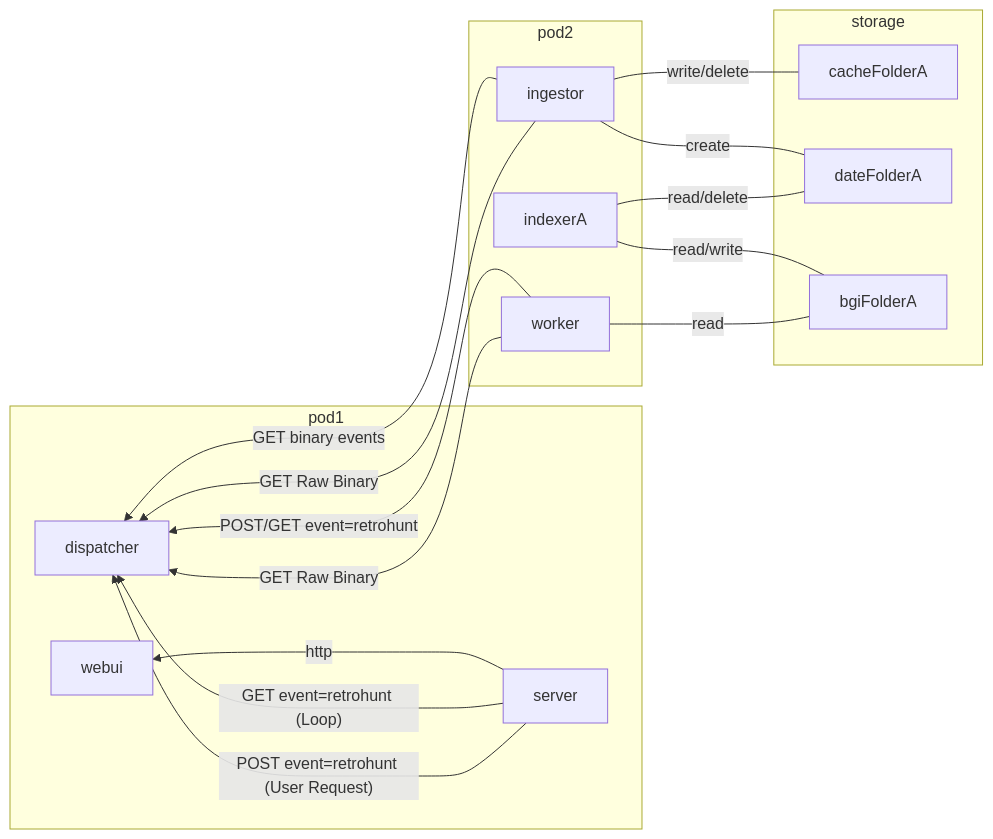
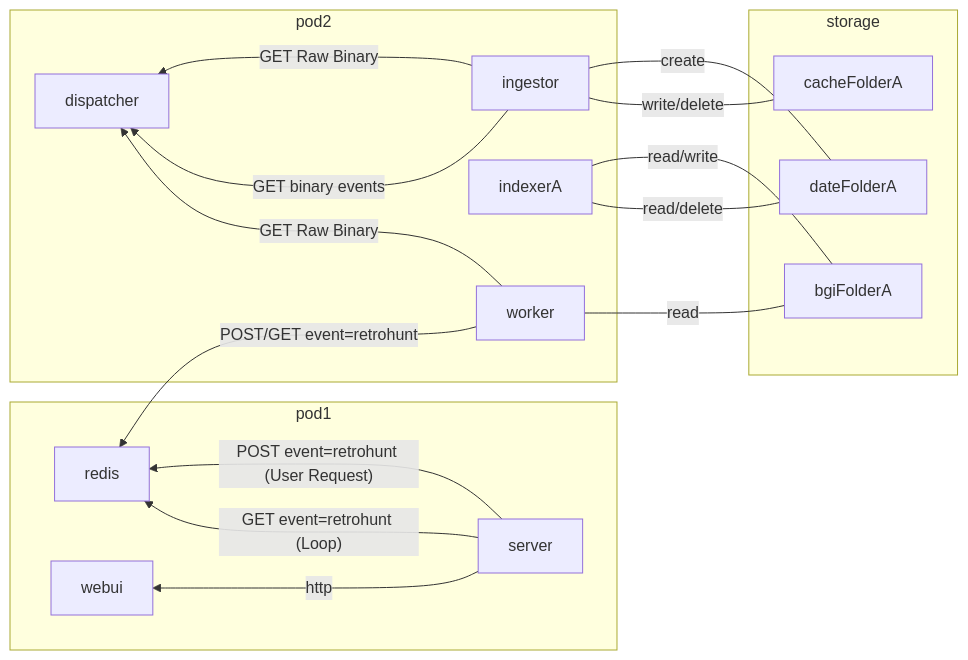
The first of 7 diagrams in README.md (AustralianCyberSecurityCentre/azul-plugin-retrohunt), drawn with Mermaid before and after one commit. The commit also changed other lines of this file, not shown here.

````diff
--- a/README.md
+++ b/README.md
@@ -146,32 +146,33 @@
 ```mermaid
 flowchart RL
     dispatcher
+    redis
     server
     worker
     indexerA
     ingestor
     webui
     subgraph pod1
     server-- http ---> webui
-    server-- GET event=retrohunt (Loop) ---> dispatcher
-    server-- POST event=retrohunt (User Request) ---> dispatcher
+    server-- GET event=retrohunt (Loop) ---> redis
+    server-- POST event=retrohunt (User Request) ---> redis
     end
 
     subgraph pod2
-    worker-- POST/GET event=retrohunt ---> dispatcher
+    worker-- POST/GET event=retrohunt ---> redis
     worker-- GET Raw Binary ---> dispatcher
 
     ingestor-- GET binary events ---> dispatcher
     ingestor-- GET Raw Binary ---> dispatcher
 
     indexerA
     end
 
     subgraph storage
     cacheFolderA-- write/delete --- ingestor
     dateFolderA-- create --- ingestor
     dateFolderA-- read/delete ---  indexerA
     bgiFolderA-- read/write ---  indexerA
     bgiFolderA-- read --- worker
     end
 ```
````
